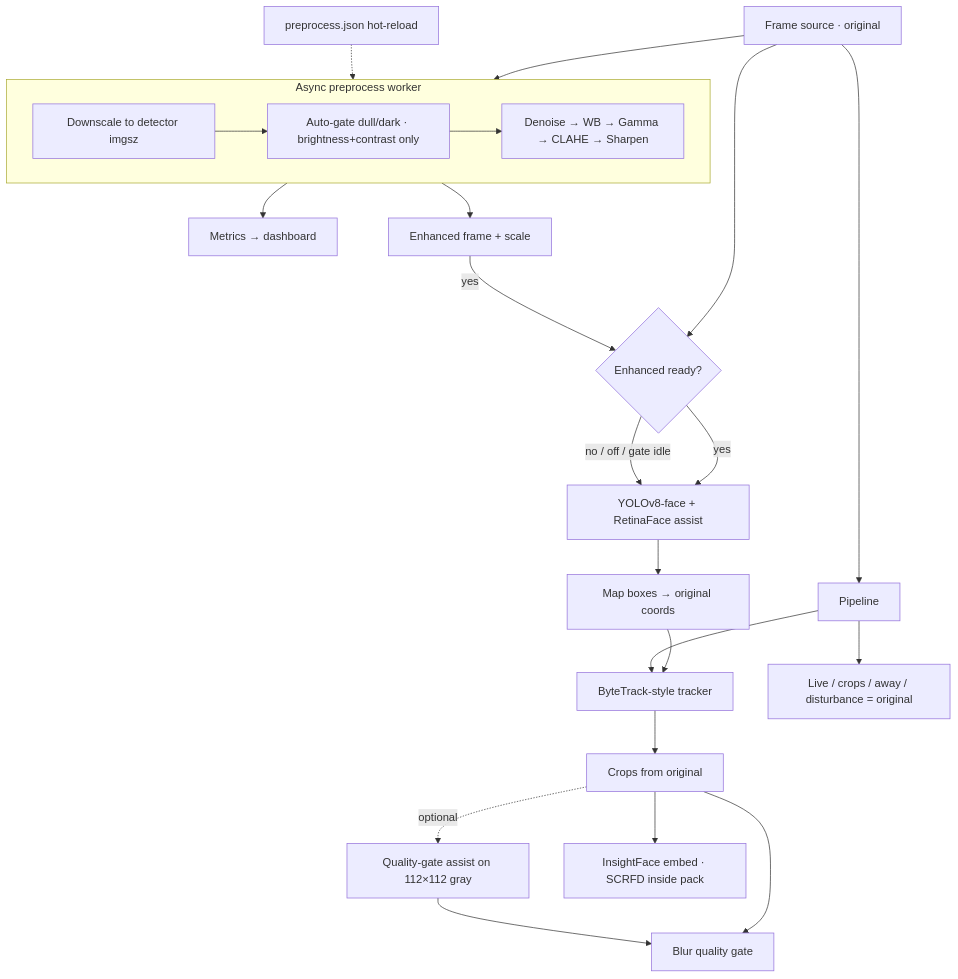
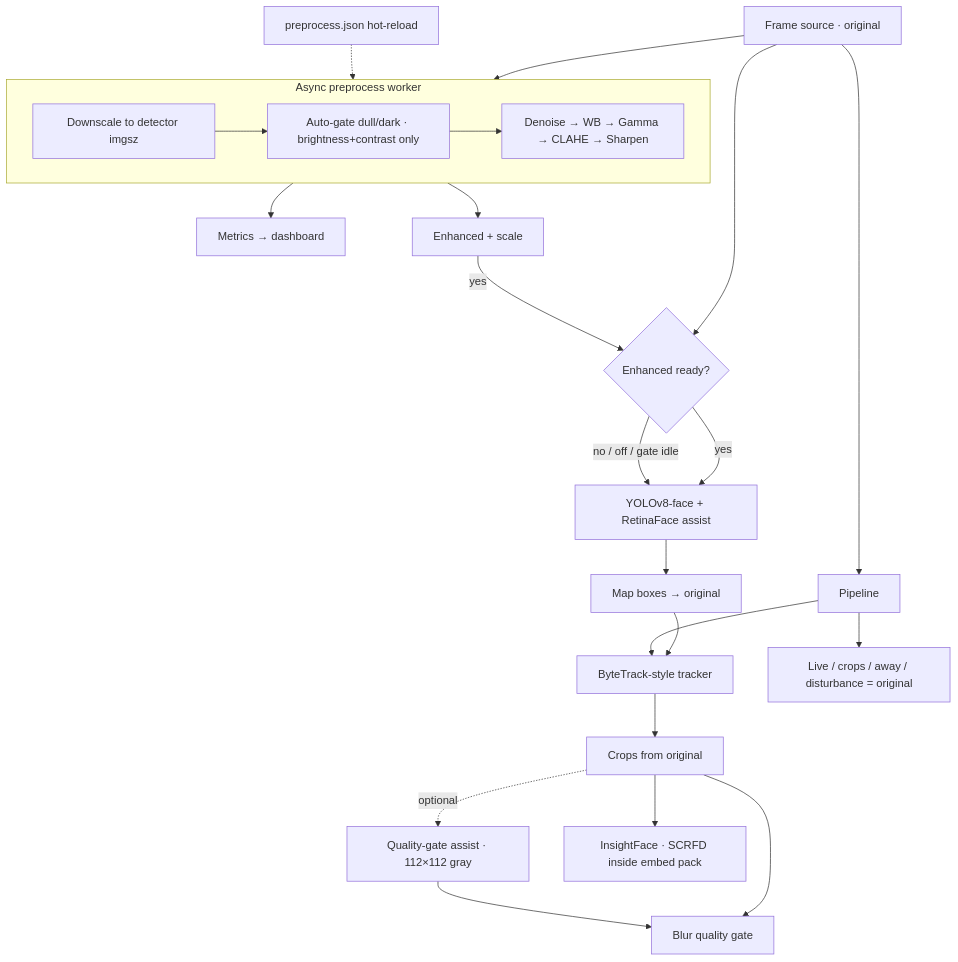
The fourth of 4 diagrams in docs/ARCHITECTURE.md (Akash-2615/VYRON), drawn with Mermaid before and after one commit. The commit also changed other lines of this file and 3 other files, not shown here.

````diff
--- a/docs/ARCHITECTURE.md
+++ b/docs/ARCHITECTURE.md
@@ -100,30 +137,30 @@
 ```mermaid
 flowchart TB
   src[Frame source · original]
   src --> pipe[Pipeline]
   src --> worker
 
   subgraph worker["Async preprocess worker"]
     ds[Downscale to detector imgsz]
     gate[Auto-gate dull/dark · brightness+contrast only]
     filters[Denoise → WB → Gamma → CLAHE → Sharpen]
     ds --> gate --> filters
   end
 
   settings[preprocess.json hot-reload] -.-> worker
   worker --> metrics[Metrics → dashboard]
-  worker --> enh[Enhanced frame + scale]
+  worker --> enh[Enhanced + scale]
   src --> sel{Enhanced ready?}
   enh -->|yes| sel
   sel -->|yes| det[YOLOv8-face + RetinaFace assist]
   sel -->|no / off / gate idle| det
-  det --> map[Map boxes → original coords]
+  det --> map[Map boxes → original]
   map --> track[ByteTrack-style tracker]
   track --> crop[Crops from original]
   crop --> blur[Blur quality gate]
-  crop -.->|optional| qa[Quality-gate assist on 112×112 gray]
+  crop -.->|optional| qa[Quality-gate assist · 112×112 gray]
   qa --> blur
-  crop --> emb[InsightFace embed · SCRFD inside pack]
+  crop --> emb[InsightFace · SCRFD inside embed pack]
   pipe --> track
   pipe --> preview[Live / crops / away / disturbance = original]
 ```
````
